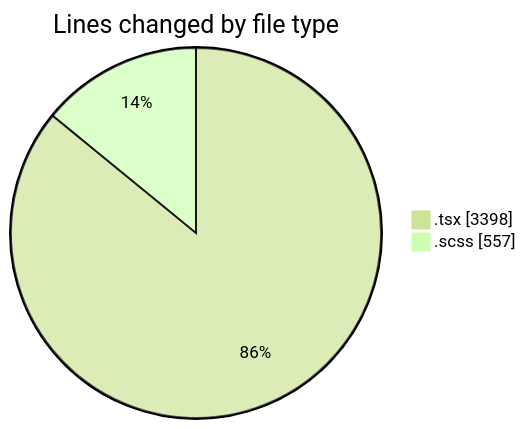
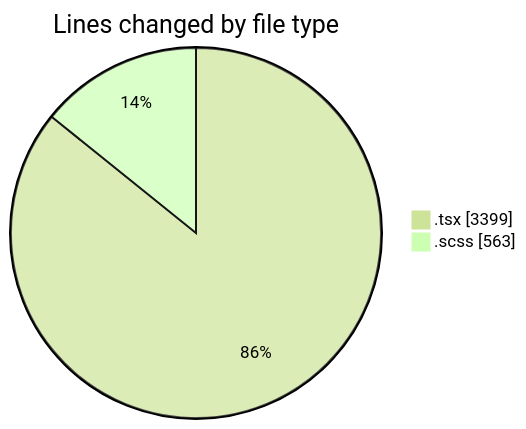
One commit to momahboobian/code-tracking changed the first of 2 diagrams in 2025-09-30/cda/README.md. Above: the diagram before and after it, drawn with Mermaid (forest theme). The commit also changed other lines of this file and 1 other file, not shown here.

````diff
--- a/2025-09-30/cda/README.md
+++ b/2025-09-30/cda/README.md
@@ -25,6 +25,6 @@
 ```mermaid
 pie showData
 title Lines changed by file type
-".tsx" : 3398
-".scss" : 557
+".tsx" : 3399
+".scss" : 563
 ```
````
